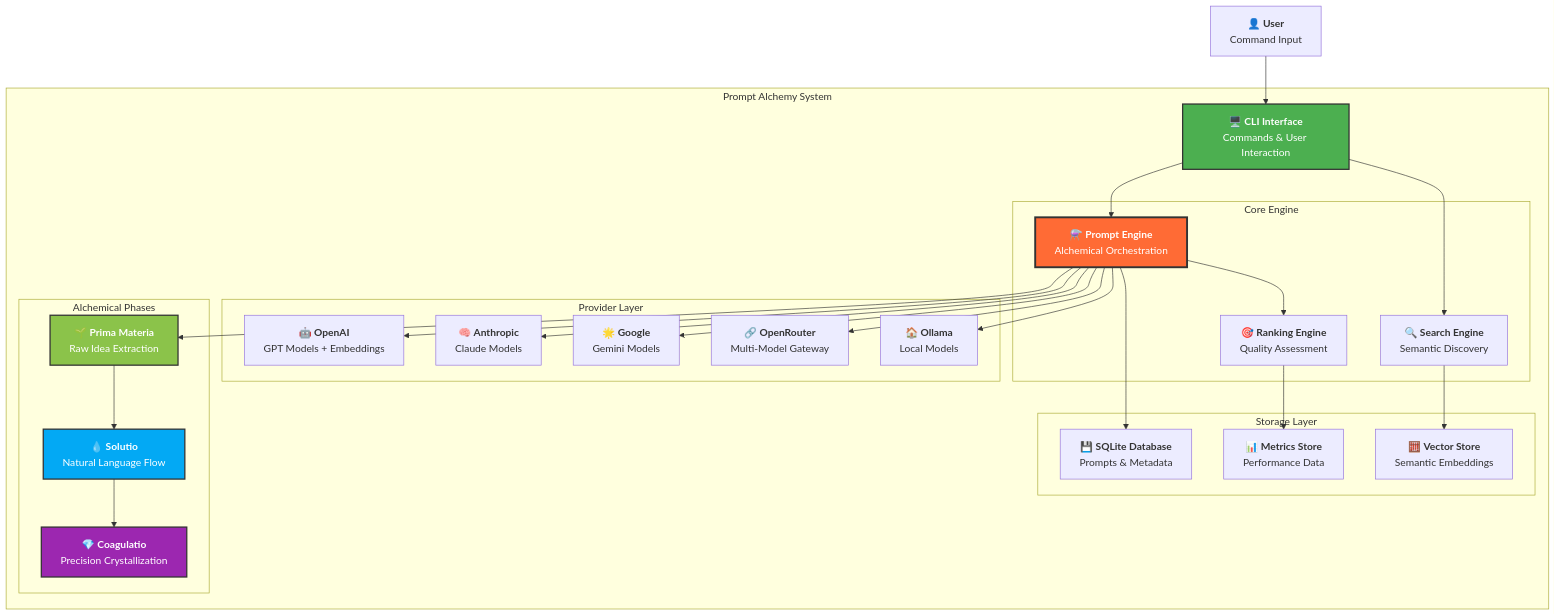
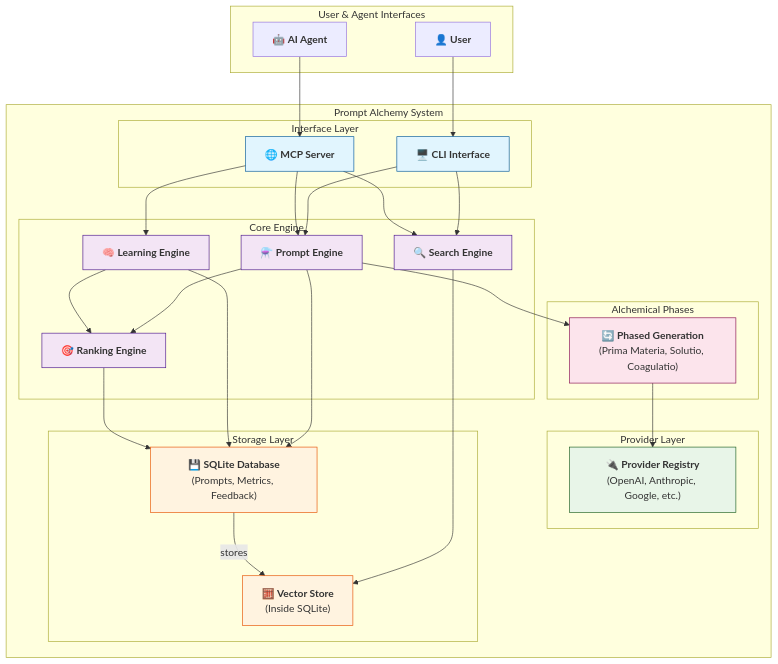
One commit to jonwraymond/prompt-alchemy changed the diagram in docs/assets/diagrams/system-architecture.md. Above: the diagram before and after it, drawn with Mermaid. The commit also changed other lines of this file and 85 other files, not shown here.

````diff
--- a/docs/assets/diagrams/system-architecture.md
+++ b/docs/assets/diagrams/system-architecture.md
@@ -3,73 +3,70 @@
 ```mermaid
 graph TB
+    subgraph "User & Agent Interfaces"
+        User["`👤 **User**`"]
+        Agent["`🤖 **AI Agent**`"]
+    end
+
     subgraph "Prompt Alchemy System"
-        CLI["`🖥️ **CLI Interface**
-        Commands & User Interaction`"]
-        
+        subgraph "Interface Layer"
+            CLI["`🖥️ **CLI Interface**`"]
+            MCPServer["`🌐 **MCP Server**`"]
+        end
+
         subgraph "Core Engine"
-            PE["`⚗️ **Prompt Engine**
-            Alchemical Orchestration`"]
-            RE["`🎯 **Ranking Engine** 
-            Quality Assessment`"]
-            SE["`🔍 **Search Engine**
-            Semantic Discovery`"]
+            PE["`⚗️ **Prompt Engine**`"]
+            SE["`🔍 **Search Engine**`"]
+            LE["`🧠 **Learning Engine**`"]
+            RE["`🎯 **Ranking Engine**`"]
         end
-        
+
         subgraph "Provider Layer"
-            OpenAI["`🤖 **OpenAI**
-            GPT Models + Embeddings`"]
-            Anthropic["`🧠 **Anthropic**
-            Claude Models`"]
-            Google["`🌟 **Google**
-            Gemini Models`"]
-            OpenRouter["`🔗 **OpenRouter**
-            Multi-Model Gateway`"]
-            Ollama["`🏠 **Ollama**
-            Local Models`"]
+            Providers["`🔌 **Provider Registry**<br/>(OpenAI, Anthropic, Google, etc.)`"]
         end
-        
+
         subgraph "Storage Layer"
-            SQLite["`💾 **SQLite Database**
-            Prompts & Metadata`"]
-            Embeddings["`🧮 **Vector Store**
-            Semantic Embeddings`"]
-            Metrics["`📊 **Metrics Store**
-            Performance Data`"]
+            SQLite["`💾 **SQLite Database**<br/>(Prompts, Metrics, Feedback)`"]
+            Embeddings["`🧮 **Vector Store**<br/>(Inside SQLite)`"]
         end
-        
+
         subgraph "Alchemical Phases"
-            PM["`🌱 **Prima Materia**
-            Raw Idea Extraction`"]
-            SO["`💧 **Solutio**
-            Natural Language Flow`"]
-            CO["`💎 **Coagulatio**
-            Precision Crystallization`"]
+            Phases["`🔄 **Phased Generation**<br/>(Prima Materia, Solutio, Coagulatio)`"]
         end
     end
+
+    %% Connections
+    User --> CLI
+    Agent --> MCPServer
+    CLI --> PE
+    CLI --> SE
+    MCPServer --> PE
+    MCPServer --> SE
+    MCPServer --> LE
+
+    PE --> Phases
+    Phases --> Providers
+    PE --> RE
+    PE --> SQLite
+
+    SE --> Embeddings
     
-    User["`👤 **User**
-    Command Input`"] --> CLI
-    CLI --> PE
-    PE --> PM
-    PM --> SO
-    SO --> CO
+    LE --> SQLite
+    LE --> RE
+
+    RE --> SQLite
     
-    PE --> OpenAI
-    PE --> Anthropic
-    PE --> Google
-    PE --> OpenRouter
-    PE --> Ollama
-    
-    PE --> SQLite
-    SE --> Embeddings
-    RE --> Metrics
-    
-    PE --> RE
-    CLI --> SE
-    
-    style CLI fill:#4CAF50,stroke:#333,stroke-width:2px,color:#fff
-    style PE fill:#FF6B35,stroke:#333,stroke-width:3px,color:#fff
-    style PM fill:#8BC34A,stroke:#333,stroke-width:2px,color:#fff
-    style SO fill:#03A9F4,stroke:#333,stroke-width:2px,color:#fff
-    style CO fill:#9C27B0,stroke:#333,stroke-width:2px,color:#fff
+    SQLite -- "stores" --> Embeddings
+
+    %% Styling
+    classDef interface fill:#e1f5fe,stroke:#01579b
+    classDef core fill:#f3e5f5,stroke:#4a148c
+    classDef provider fill:#e8f5e8,stroke:#1b5e20
+    classDef storage fill:#fff3e0,stroke:#e65100
+    classDef phases fill:#fce4ec,stroke:#880e4f
+
+    class CLI,MCPServer interface
+    class PE,SE,LE,RE core
+    class Providers provider
+    class SQLite,Embeddings storage
+    class Phases phases
 ```
````
